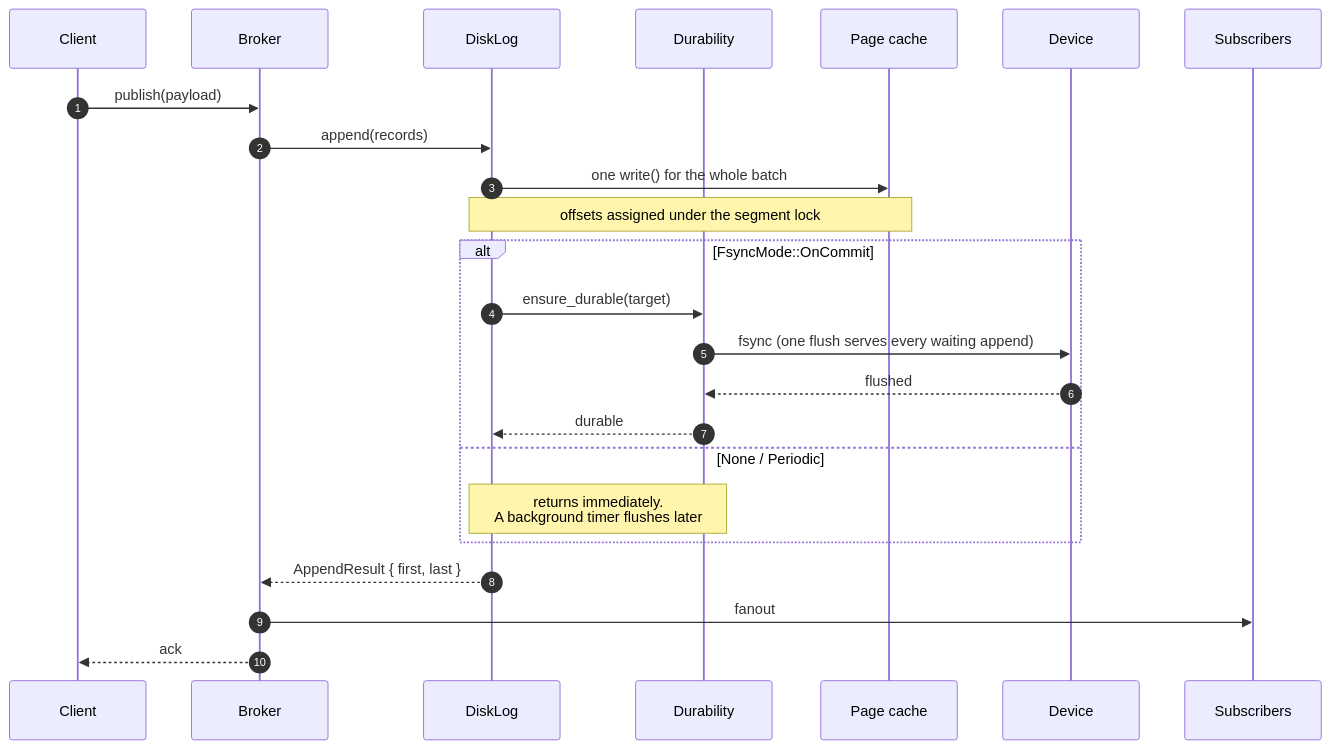
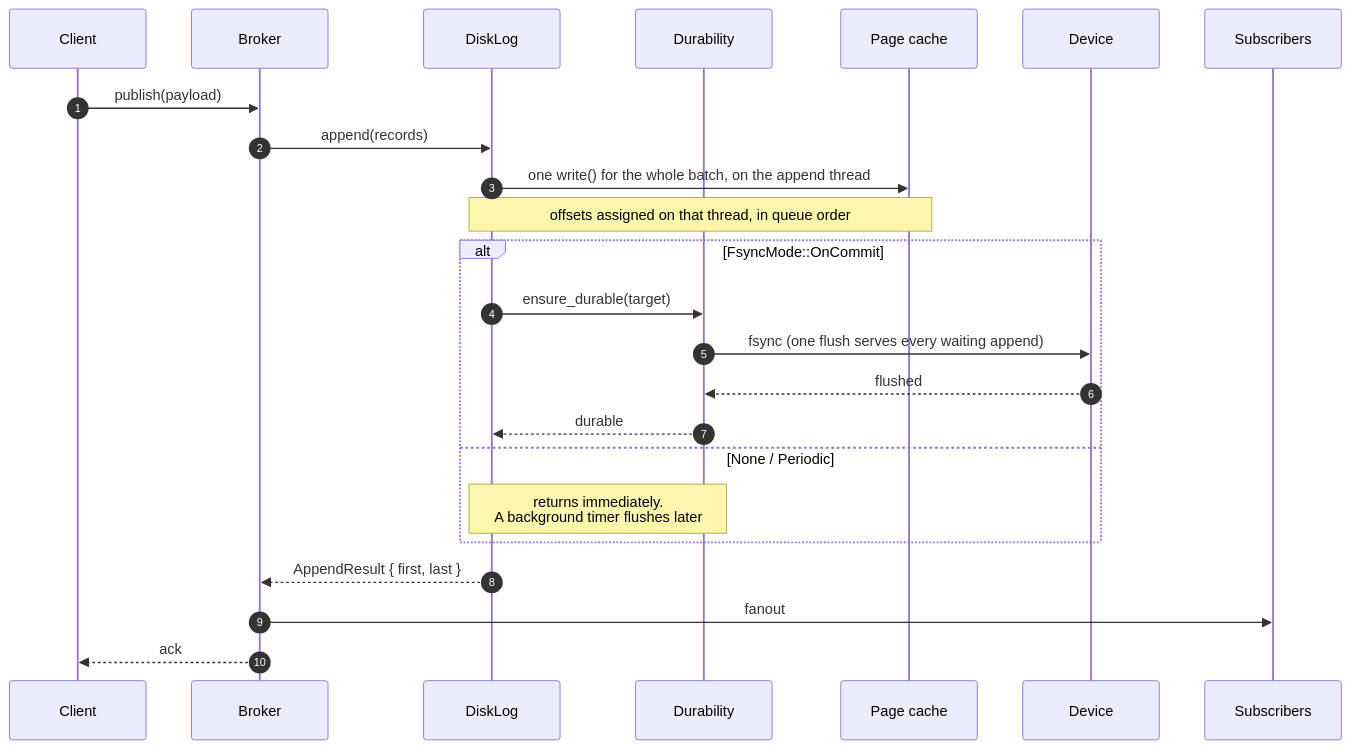
Before and after one commit to GetFelix/felix: the third of 8 diagrams in docs/durable-storage.md, drawn with Mermaid. The commit also changed other lines of this file and 23 other files, not shown here.

````diff
--- a/docs/durable-storage.md
+++ b/docs/durable-storage.md
@@ -121,29 +121,29 @@
 ```mermaid
 sequenceDiagram
     autonumber
     participant C as Client
     participant B as Broker
     participant L as DiskLog
     participant D as Durability
     participant OS as Page cache
     participant DEV as Device
     participant S as Subscribers
 
     C->>B: publish(payload)
     B->>L: append(records)
-    L->>OS: one write() for the whole batch
-    Note over L,OS: offsets assigned under the segment lock
+    L->>OS: one write() for the whole batch, on the append thread
+    Note over L,OS: offsets assigned on that thread, in queue order
 
     alt FsyncMode::OnCommit
         L->>D: ensure_durable(target)
         D->>DEV: fsync (one flush serves every waiting append)
         DEV-->>D: flushed
         D-->>L: durable
     else None / Periodic
         Note over L,D: returns immediately.<br/>A background timer flushes later
     end
 
     L-->>B: AppendResult { first, last }
     B->>S: fanout
     B-->>C: ack
 ```
````
